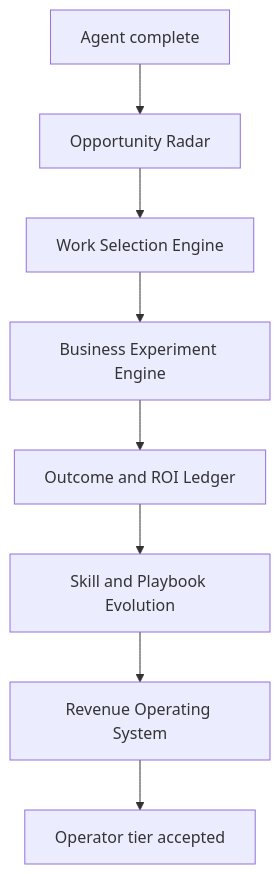
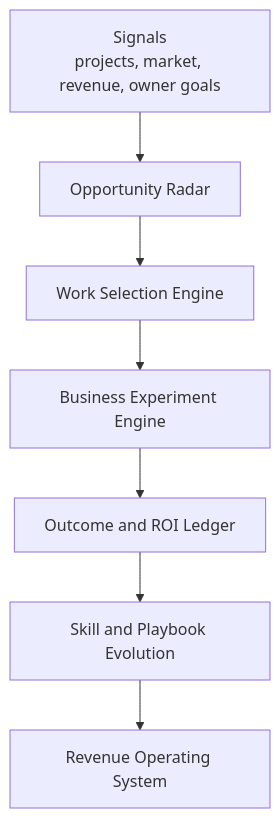
The fifth of 5 diagrams in docs/03_ROADMAP.md (binhvu284/tobi), drawn with Mermaid before and after one commit. The commit also changed other lines of this file and 50 other files, not shown here.

````diff
--- a/docs/03_ROADMAP.md
+++ b/docs/03_ROADMAP.md
@@ -119,10 +141,9 @@
 ```mermaid
 flowchart TD
-  A["Agent complete"] --> B["Opportunity Radar"]
+  A["Signals\nprojects, market, revenue, owner goals"] --> B["Opportunity Radar"]
   B --> C["Work Selection Engine"]
   C --> D["Business Experiment Engine"]
   D --> E["Outcome and ROI Ledger"]
   E --> F["Skill and Playbook Evolution"]
   F --> G["Revenue Operating System"]
-  G --> H["Operator tier accepted"]
 ```
````
